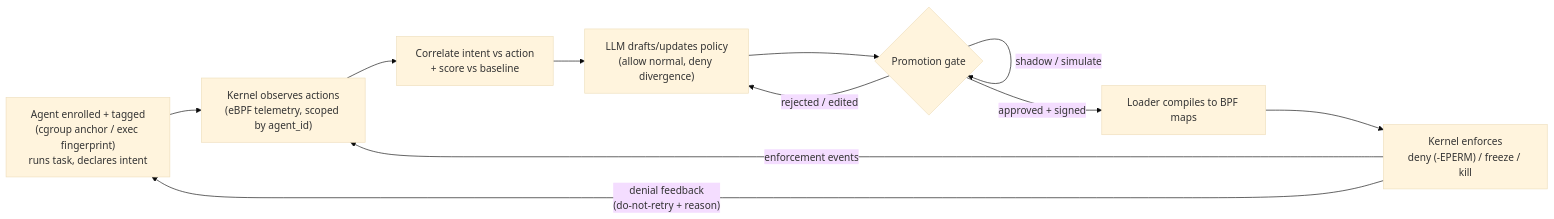
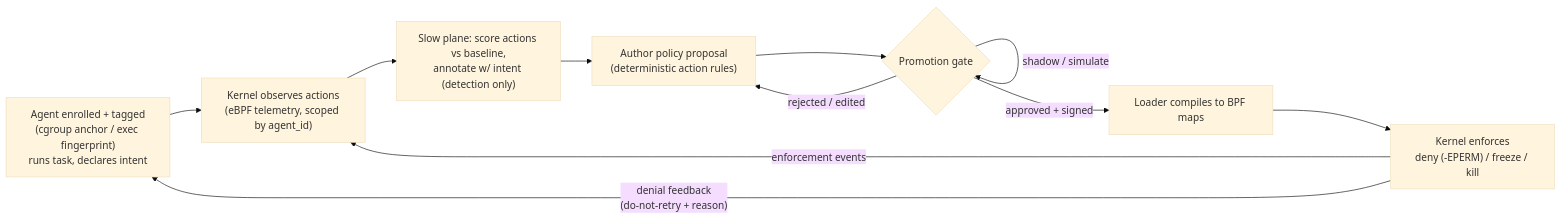
One commit to gr8pr1/ai-agent-validator changed the second of 3 diagrams in architecture.md. Above: the diagram before and after it, drawn with Mermaid (base theme). The commit also changed other lines of this file and 1 other file, not shown here.

First line of the commit message:
docs: settle action-only enforcement; detail observability data path

````diff
--- a/architecture.md
+++ b/architecture.md
@@ -364,13 +429,13 @@
 ```mermaid
 flowchart LR
     A["Agent enrolled + tagged\n(cgroup anchor / exec fingerprint)\nruns task, declares intent"] --> B["Kernel observes actions\n(eBPF telemetry, scoped by agent_id)"]
-    B --> C["Correlate intent vs action\n+ score vs baseline"]
-    C --> D["LLM drafts/updates policy\n(allow normal, deny divergence)"]
+    B --> C["Slow plane: score actions vs baseline,\nannotate w/ intent (detection only)"]
+    C --> D["Author policy proposal\n(deterministic action rules)"]
     D --> E{"Promotion gate"}
     E -->|"shadow / simulate"| E
     E -->|"approved + signed"| F["Loader compiles to BPF maps"]
     F --> G["Kernel enforces\ndeny (-EPERM) / freeze / kill"]
     G -->|"enforcement events"| B
     G -->|"denial feedback\n(do-not-retry + reason)"| A
     E -->|"rejected / edited"| D
 ```
````
